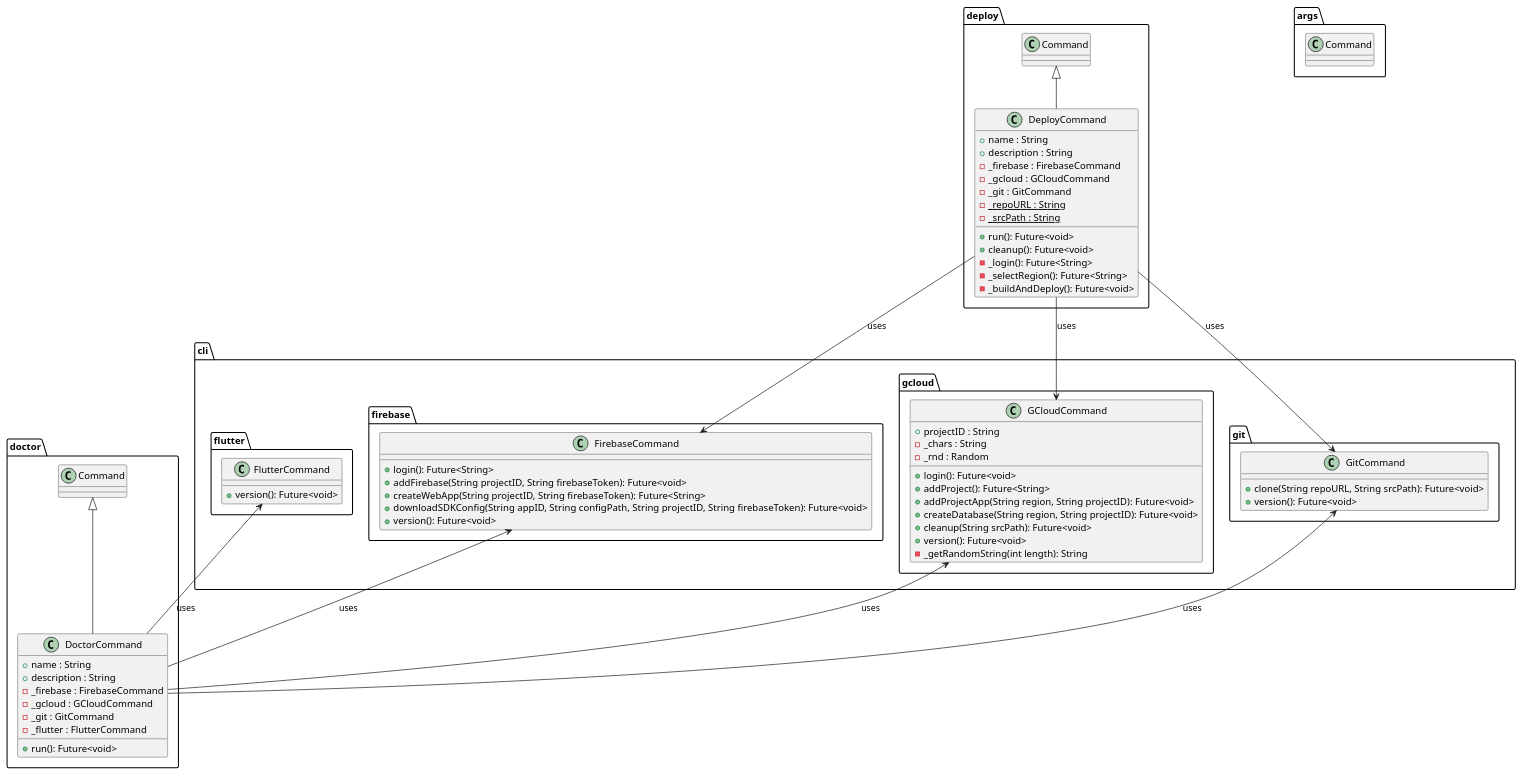
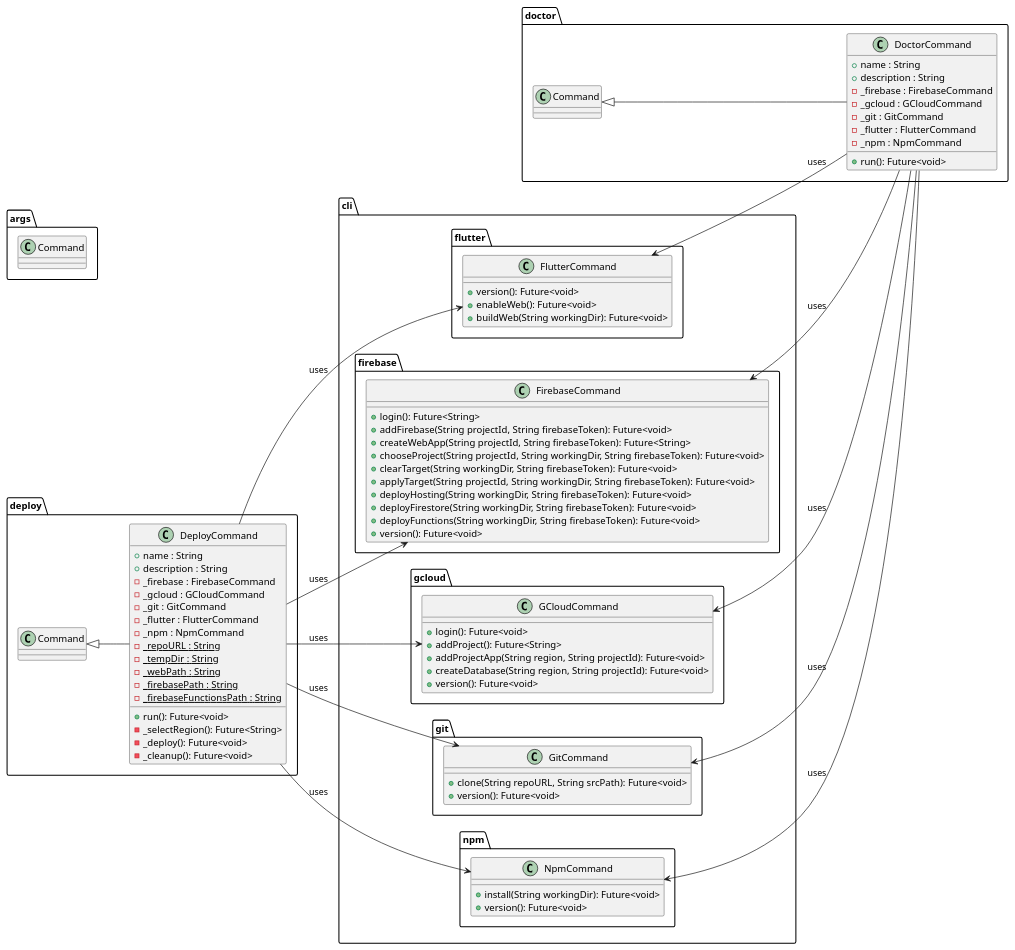
One commit to Flank/flank-dashboard changed the diagram in metrics/cli/docs/diagrams/deploy_tool_class_diagram.puml. Above: the diagram before and after it, drawn with PlantUML. The commit also changed 9 other files, not shown here.

Commit message:
Update diagrams, minor improvements

```diff
--- a/metrics/cli/docs/diagrams/deploy_tool_class_diagram.puml
+++ b/metrics/cli/docs/diagrams/deploy_tool_class_diagram.puml
@@ -1,85 +1,103 @@
 @startuml deploy_tool_class_diagram
+left to right direction
 
 package cli {
 
     package flutter {
         class FlutterCommand {
             + version(): Future<void>
+            + enableWeb(): Future<void>
+            + buildWeb(String workingDir): Future<void>
         }
     }
 
     package firebase {
         class FirebaseCommand {
             + login(): Future<String>
-            + addFirebase(String projectID, String firebaseToken): Future<void>
-            + createWebApp(String projectID, String firebaseToken): Future<String>
-            + downloadSDKConfig(String appID, String configPath, String projectID, String firebaseToken): Future<void>
+            + addFirebase(String projectId, String firebaseToken): Future<void>
+            + createWebApp(String projectId, String firebaseToken): Future<String>
+            + chooseProject(String projectId, String workingDir, String firebaseToken): Future<void>
+            + clearTarget(String workingDir, String firebaseToken): Future<void>
+            + applyTarget(String projectId, String workingDir, String firebaseToken): Future<void>
+            + deployHosting(String workingDir, String firebaseToken): Future<void>
+            + deployFirestore(String workingDir, String firebaseToken): Future<void>
+            + deployFunctions(String workingDir, String firebaseToken): Future<void>
             + version(): Future<void>
         }
     }
 
     package gcloud {
         class GCloudCommand {
-            + projectID : String
-            - _chars : String
-            - _rnd : Random
             + login(): Future<void>
             + addProject(): Future<String>
-            + addProjectApp(String region, String projectID): Future<void>
-            + createDatabase(String region, String projectID): Future<void>
-            + cleanup(String srcPath): Future<void>
+            + addProjectApp(String region, String projectId): Future<void>
+            + createDatabase(String region, String projectId): Future<void>
             + version(): Future<void>
-            - _getRandomString(int length): String
         }
     }
 
     package git {
         class GitCommand {
             + clone(String repoURL, String srcPath): Future<void>
+            + version(): Future<void>
+        }
+    }
+
+    package npm {
+        class NpmCommand {
+            + install(String workingDir): Future<void>
             + version(): Future<void>
         }
     }
 }
 
 package args {
     class Command {}
 }
 
 package deploy {
     class DeployCommand extends Command {
         + name : String
         + description : String
         - _firebase : FirebaseCommand
         - _gcloud : GCloudCommand
         - _git : GitCommand
+        - _flutter : FlutterCommand
+        - _npm : NpmCommand
         - {static} _repoURL : String
-        - {static} _srcPath : String
+        - {static} _tempDir : String
+        - {static} _webPath : String
+        - {static} _firebasePath : String
+        - {static} _firebaseFunctionsPath : String
         + run(): Future<void>
-        + cleanup(): Future<void>
-        - _login(): Future<String>
         - _selectRegion(): Future<String>
-        - _buildAndDeploy(): Future<void>
+        - _deploy(): Future<void>
+        - _cleanup(): Future<void>
     }
 }
 
 package doctor {
     class DoctorCommand extends Command {
         + name : String
         + description : String
         - _firebase : FirebaseCommand
         - _gcloud : GCloudCommand
         - _git : GitCommand
         - _flutter : FlutterCommand
+        - _npm : NpmCommand
         + run(): Future<void>
     }
 }
 
 DeployCommand --> FirebaseCommand : uses
 DeployCommand --> GCloudCommand : uses
 DeployCommand --> GitCommand : uses
+DeployCommand --> FlutterCommand : uses
+DeployCommand --> NpmCommand : uses
 FirebaseCommand <-- DoctorCommand : uses
 GCloudCommand <-- DoctorCommand : uses
 GitCommand <-- DoctorCommand : uses
 FlutterCommand <-- DoctorCommand : uses
+NpmCommand <-- DoctorCommand : uses
 
 @enduml
```
